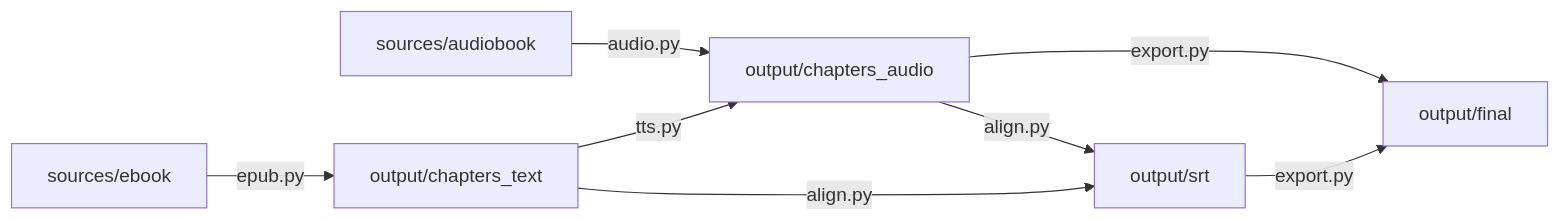
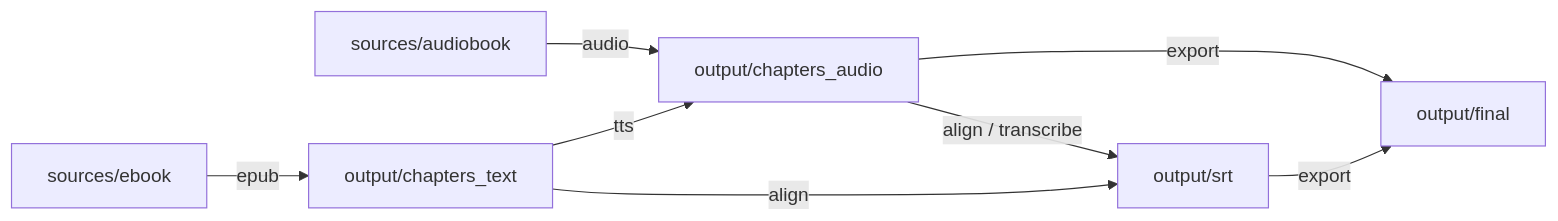
The second of 2 diagrams in docs/how-to-contribute/project-structure.md (linlin56/mining-cat), drawn with Mermaid before and after one commit. The commit also changed other lines of this file and 361 other files, not shown here.

````diff
--- a/docs/how-to-contribute/project-structure.md
+++ b/docs/how-to-contribute/project-structure.md
@@ -39,10 +83,10 @@
 ```mermaid
 flowchart LR
-    A[sources/audiobook] -->|audio.py| B[output/chapters_audio]
-    E[sources/ebook] -->|epub.py| T[output/chapters_text]
-    T -->|tts.py| B
-    B -->|align.py| S[output/srt]
-    T -->|align.py| S
-    B -->|export.py| F[output/final]
-    S -->|export.py| F
+    A[sources/audiobook] -->|audio| B[output/chapters_audio]
+    E[sources/ebook] -->|epub| T[output/chapters_text]
+    T -->|tts| B
+    B -->|align / transcribe| S[output/srt]
+    T -->|align| S
+    B -->|export| F[output/final]
+    S -->|export| F
 ```
````
